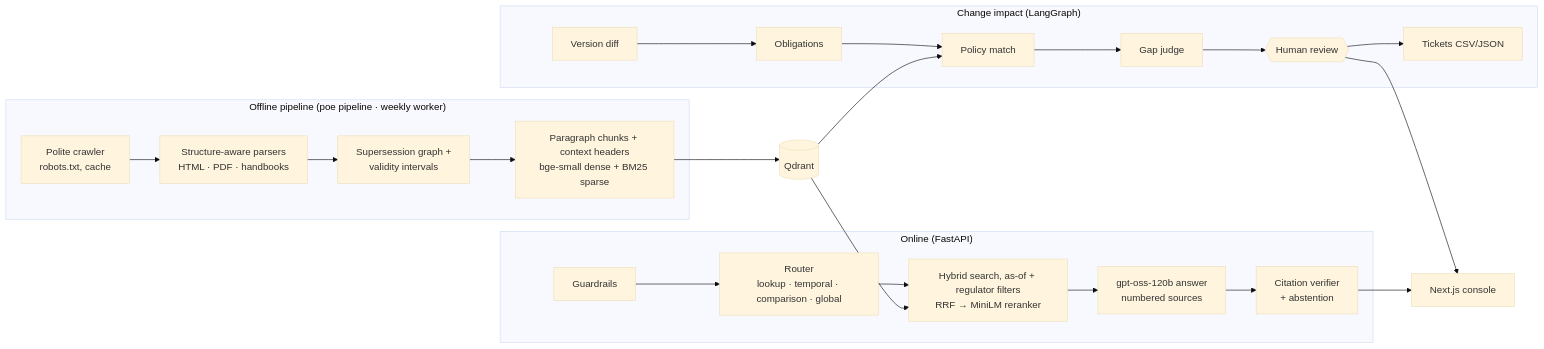
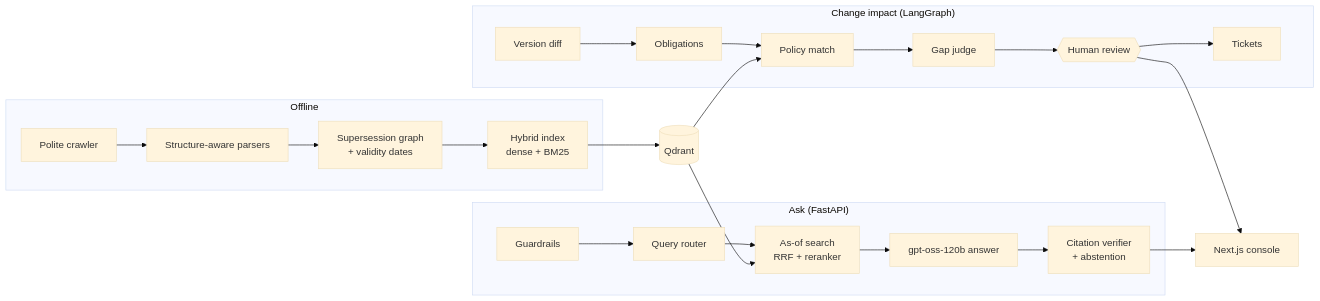
The diagram in README.md (Brahme27/e2e-Production-Grade-RegLens), drawn with Mermaid (base theme) before and after one commit. The commit also changed other lines of this file, not shown here.

First line of the commit message:
docs: shorter, recruiter-focused README with a Mermaid architecture diagram

````diff
--- a/README.md
+++ b/README.md
@@ -73,22 +34,17 @@
 ```mermaid
 flowchart LR
-  subgraph Offline["Offline pipeline (poe pipeline · weekly worker)"]
-    C[Polite crawler<br/>robots.txt, cache] --> P[Structure-aware parsers<br/>HTML · PDF · handbooks]
-    P --> T[Supersession graph +<br/>validity intervals]
-    T --> I[Paragraph chunks + context headers<br/>bge-small dense + BM25 sparse]
+  subgraph Offline
+    C[Polite crawler] --> P[Structure-aware parsers] --> T[Supersession graph<br/>+ validity dates] --> I[Hybrid index<br/>dense + BM25]
   end
   I --> Q[(Qdrant)]
-  subgraph Online["Online (FastAPI)"]
-    G[Guardrails] --> R[Router<br/>lookup · temporal · comparison · global]
-    R --> S[Hybrid search, as-of + regulator filters<br/>RRF → MiniLM reranker]
-    S --> A[gpt-oss-120b answer<br/>numbered sources]
-    A --> V[Citation verifier<br/>+ abstention]
+  subgraph Ask["Ask (FastAPI)"]
+    G[Guardrails] --> R[Query router] --> S[As-of search<br/>RRF + reranker] --> A[gpt-oss-120b answer] --> V[Citation verifier<br/>+ abstention]
   end
   Q --> S
   subgraph Impact["Change impact (LangGraph)"]
-    D[Version diff] --> O[Obligations] --> M[Policy match] --> J[Gap judge] --> H{{Human review}} --> K[Tickets CSV/JSON]
+    D[Version diff] --> O[Obligations] --> M[Policy match] --> J[Gap judge] --> H{{Human review}} --> K[Tickets]
   end
   Q --> M
   V --> UI[Next.js console]
   H --> UI
 ```
````
